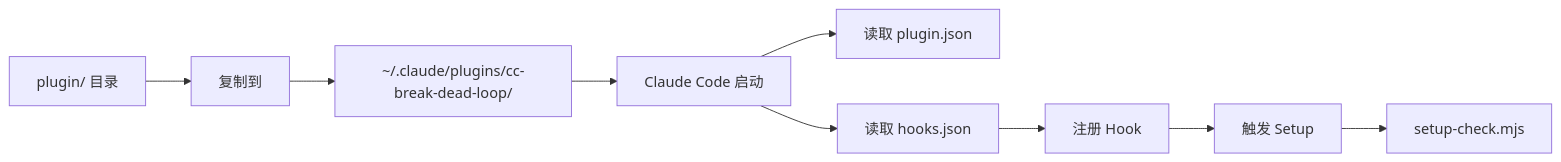
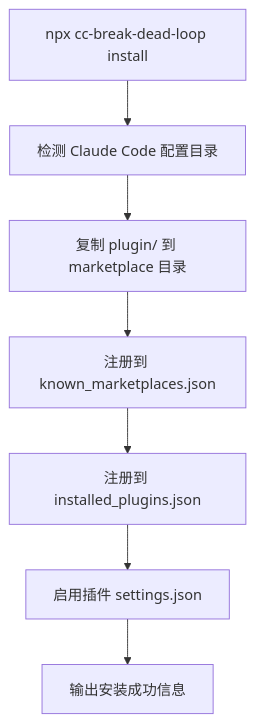
Before and after one commit to Lionad-Morotar/cc-break-dead-loop: the diagram in docs/4.DeepDive/Plugin Registration.md, drawn with Mermaid. The commit also changed other lines of this file and 7 other files, not shown here.

````diff
--- a/docs/4.DeepDive/Plugin Registration.md
+++ b/docs/4.DeepDive/Plugin Registration.md
@@ -187,11 +223,9 @@
 ```mermaid
-flowchart LR
-  A[plugin/ 目录] --> B[复制到]
-  B --> C[~/.claude/plugins/cc-break-dead-loop/]
-  C --> D[Claude Code 启动]
-  D --> E[读取 plugin.json]
-  D --> F[读取 hooks.json]
-  F --> G[注册 Hook]
-  G --> H[触发 Setup]
-  H --> I[setup-check.mjs]
+flowchart TD
+  A[npx cc-break-dead-loop install] --> B[检测 Claude Code 配置目录]
+  B --> C[复制 plugin/ 到 marketplace 目录]
+  C --> D[注册到 known_marketplaces.json]
+  D --> E[注册到 installed_plugins.json]
+  E --> F[启用插件 settings.json]
+  F --> G[输出安装成功信息]
 ```
````
